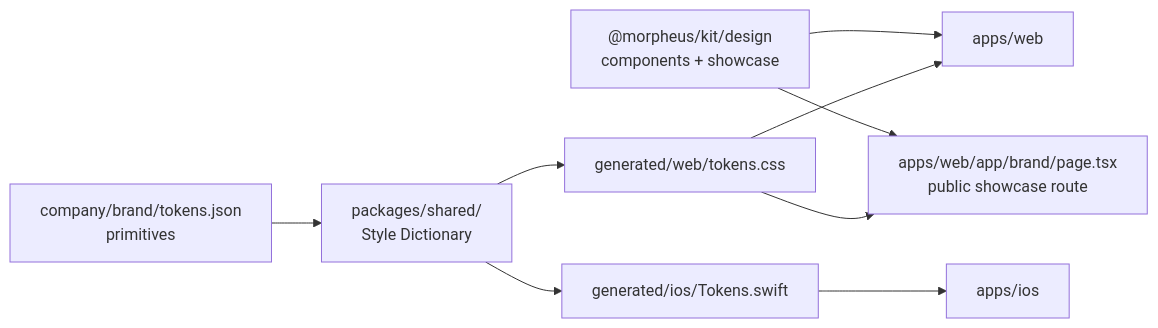
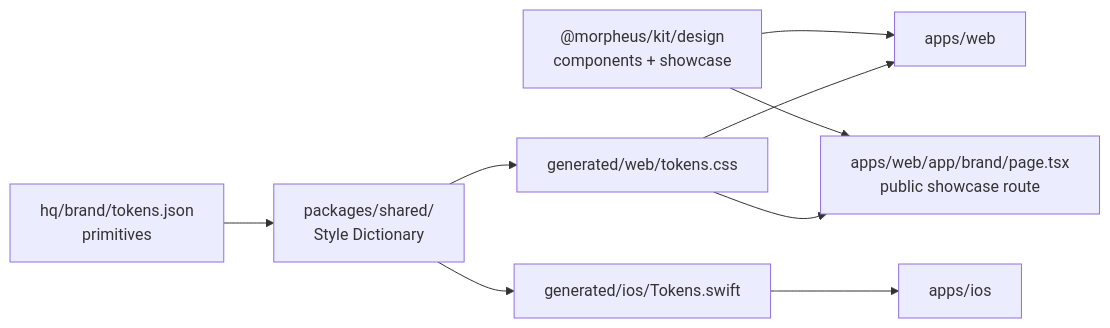
The third of 3 diagrams in architecture.md (cpheinrich/morpheus), drawn with Mermaid before and after one commit. The commit also changed other lines of this file, not shown here.

First line of the commit message:
architecture: rename company/ to hq/, add project kinds and MCP credentials

````diff
--- a/architecture.md
+++ b/architecture.md
@@ -947,11 +1056,11 @@
 ```mermaid
 flowchart LR
-    A["company/brand/tokens.json<br/>primitives"] --> B["packages/shared/<br/>Style Dictionary"]
+    A["hq/brand/tokens.json<br/>primitives"] --> B["packages/shared/<br/>Style Dictionary"]
     B --> C["generated/web/tokens.css"]
     B --> D["generated/ios/Tokens.swift"]
     E["@morpheus/kit/design<br/>components + showcase"] --> F["apps/web"]
     C --> F
     D --> G["apps/ios"]
     E --> H["apps/web/app/brand/page.tsx<br/>public showcase route"]
     C --> H
 ```
````
